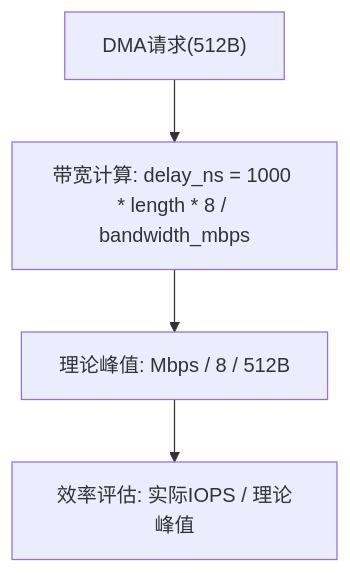
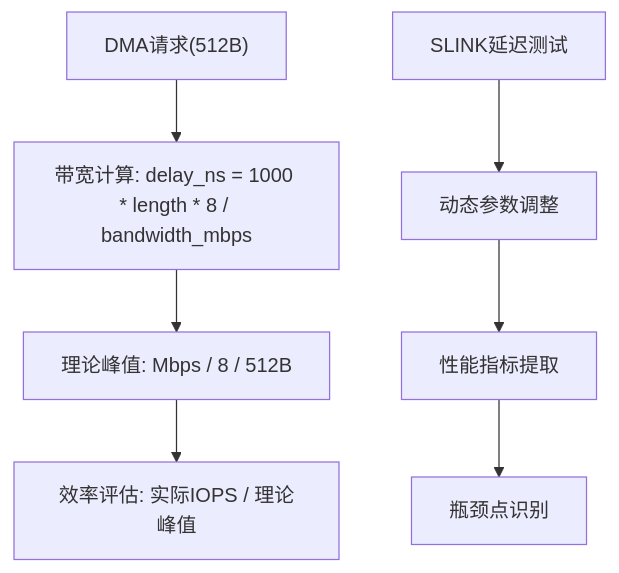
One commit to jiangjiang1122/iommu_model_20260401_v1 changed the eighth of 8 diagrams in .qoder/repowiki/zh/content/测试框架/测试框架.md. Above: the diagram before and after it, drawn with Mermaid. The commit also changed other lines of this file and 72 other files, not shown here.

````diff
--- a/.qoder/repowiki/zh/content/测试框架/测试框架.md
+++ b/.qoder/repowiki/zh/content/测试框架/测试框架.md
@@ -284,6 +350,9 @@
 ```mermaid
 flowchart TD
 A["DMA请求(512B)"] --> B["带宽计算: delay_ns = 1000 * length * 8 / bandwidth_mbps"]
 B --> C["理论峰值: Mbps / 8 / 512B"]
 C --> D["效率评估: 实际IOPS / 理论峰值"]
+E["SLINK延迟测试"] --> F["动态参数调整"]
+F --> G["性能指标提取"]
+G --> H["瓶颈点识别"]
 ```
````
